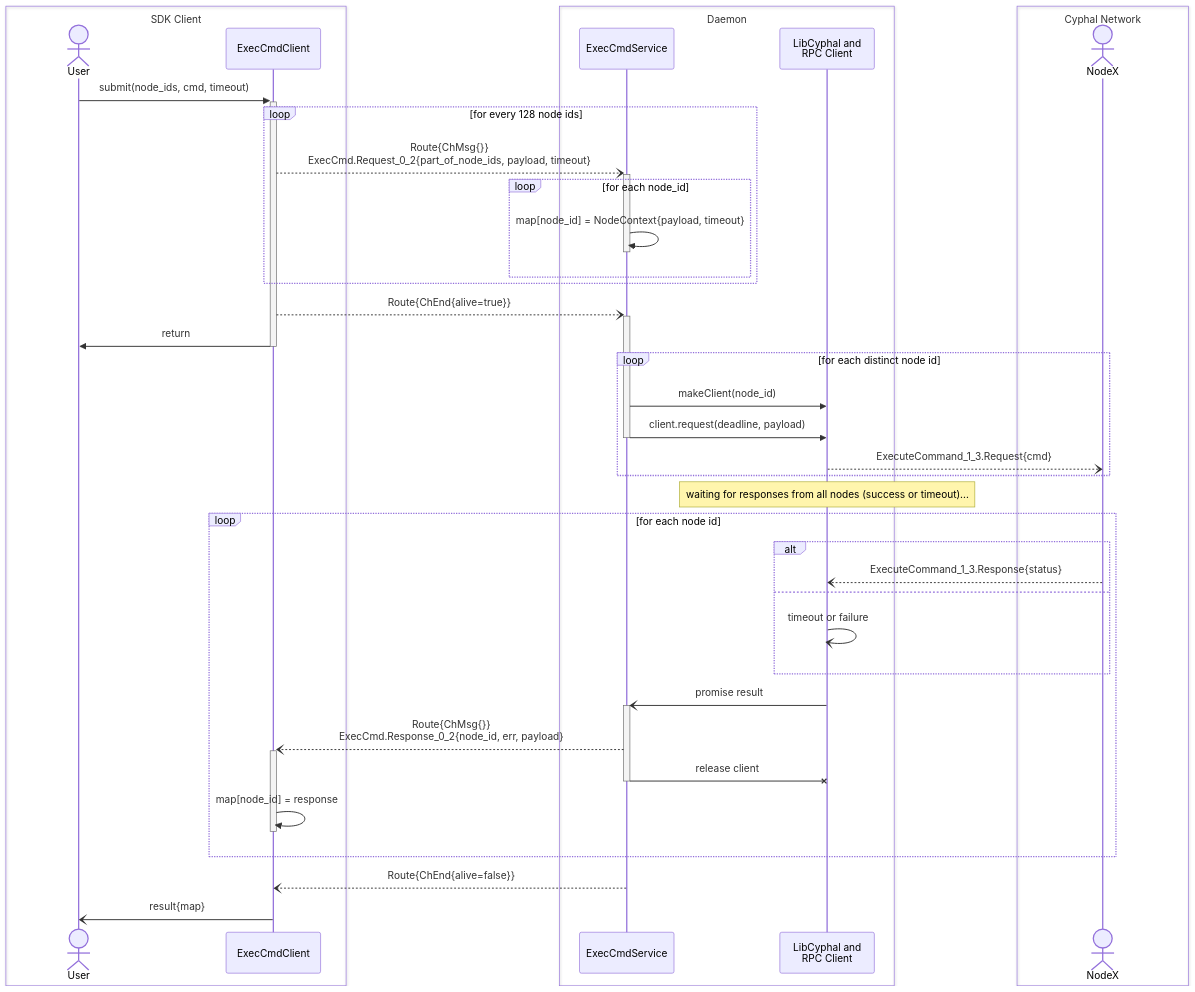
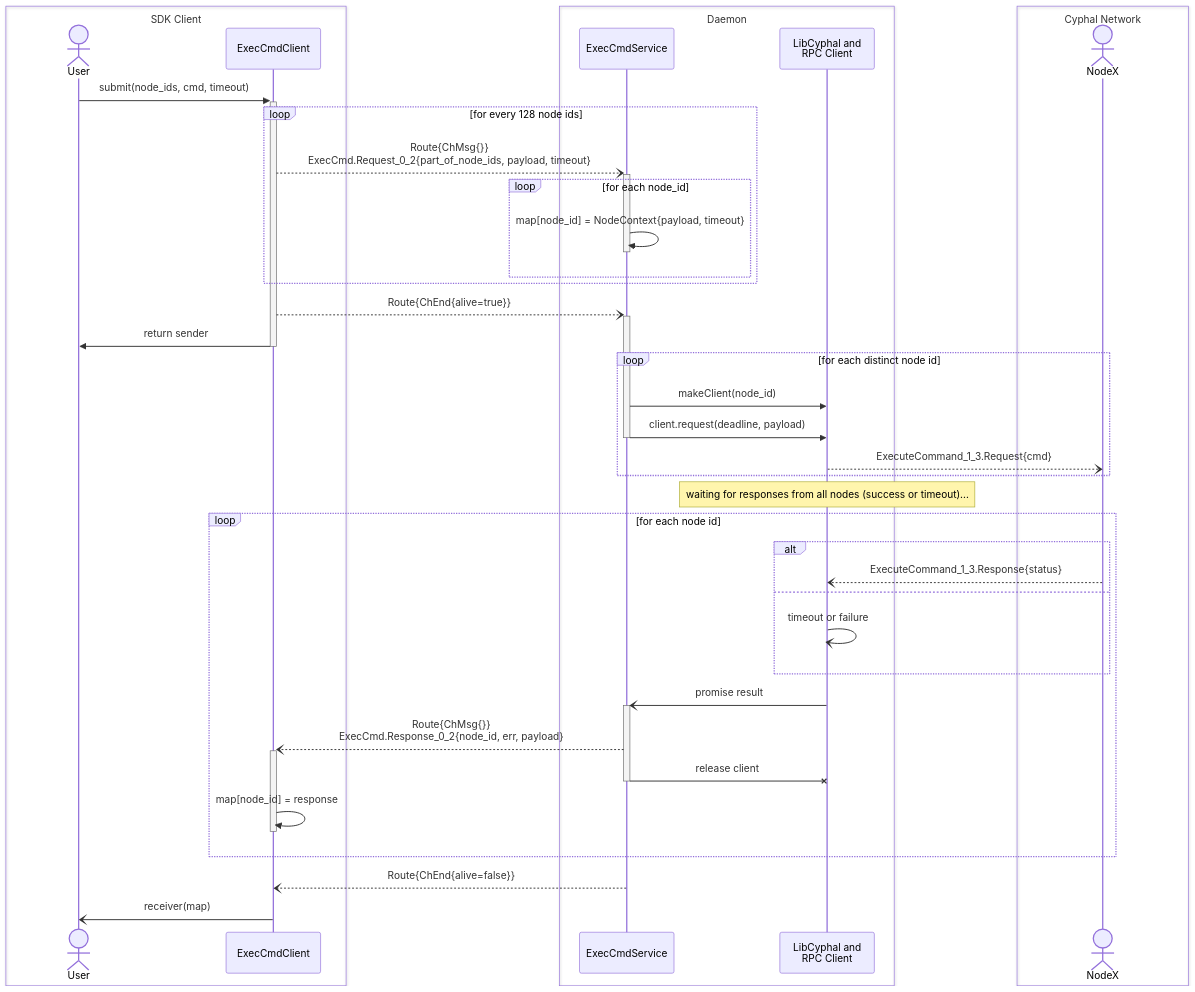
One commit to OpenCyphal-Garage/ocvsmd changed the first of 5 diagrams in docs/svc_design.md. Above: the diagram before and after it, drawn with Mermaid. The commit also changed other lines of this file, not shown here.

````diff
--- a/docs/svc_design.md
+++ b/docs/svc_design.md
@@ -38,51 +38,51 @@
 ```mermaid
 sequenceDiagram
     actor User
     participant ExecCmdClient
     participant ExecCmdService
     participant LibCyphal as LibCyphal and<br/>RPC Client
     actor NodeX
     
     User ->>+ ExecCmdClient: submit(node_ids, cmd, timeout)
     loop for every 128 node ids
         ExecCmdClient --)+ ExecCmdService: Route{ChMsg{}}<br/>ExecCmd.Request_0_2{part_of_node_ids, payload, timeout}
         loop for each node_id
             ExecCmdService ->>- ExecCmdService: map[node_id] = NodeContext{payload, timeout}
         end
     end
     ExecCmdClient --)+ ExecCmdService: Route{ChEnd{alive=true}}
-    ExecCmdClient ->>- User : return
+    ExecCmdClient ->>- User : return sender
 
     loop for each distinct node id
         ExecCmdService ->> LibCyphal: makeClient(node_id)
         ExecCmdService ->>- LibCyphal: client.request(deadline, payload)
         LibCyphal --) NodeX: ExecuteCommand_1_3.Request{cmd}
     end
     Note over LibCyphal: waiting for responses from all nodes (success or timeout)...
     loop for each node id
         alt
             NodeX --) LibCyphal: ExecuteCommand_1_3.Response{status}
         else
             LibCyphal -) LibCyphal: timeout or failure
         end
         LibCyphal -)+ ExecCmdService: promise result
         ExecCmdService --)+ ExecCmdClient: Route{ChMsg{}}<br/>ExecCmd.Response_0_2{node_id, err, payload}
         ExecCmdService -x- LibCyphal: release client
         ExecCmdClient ->>- ExecCmdClient: map[node_id] = response
     end
     
     ExecCmdService --) ExecCmdClient: Route{ChEnd{alive=false}}
-    ExecCmdClient -) User: result{map}
+    ExecCmdClient -) User: receiver(map)
 
     box SDK Client
         actor User
         participant ExecCmdClient
     end
     box Daemon
         participant ExecCmdService
         participant LibCyphal
     end
     box Cyphal Network
         actor NodeX
     end
 ```
````
